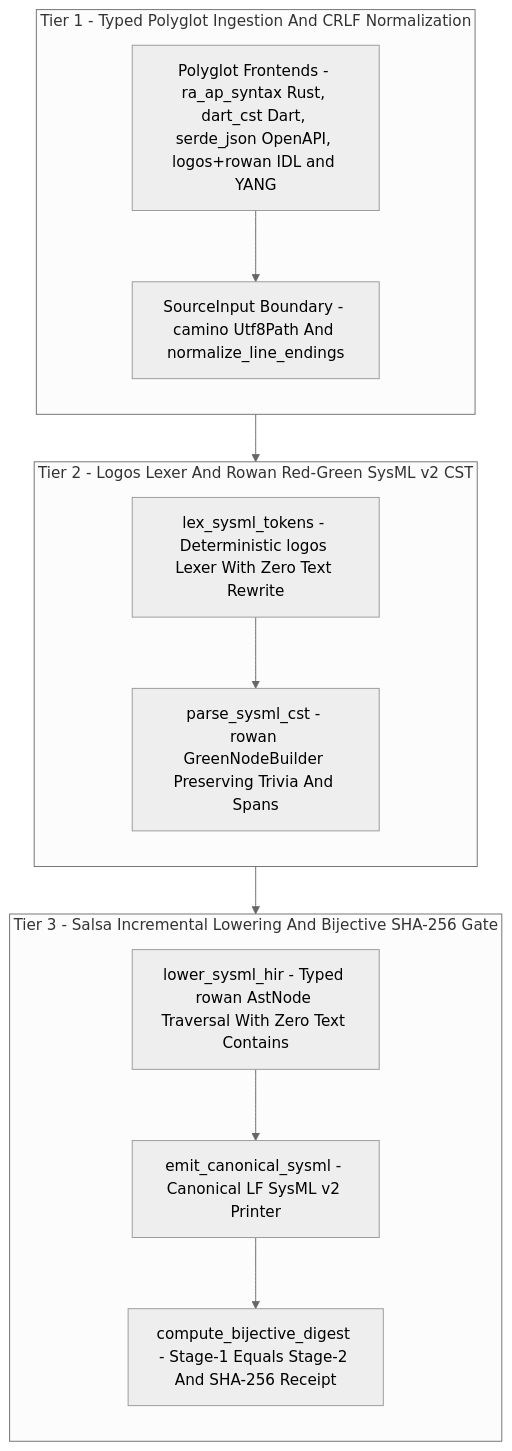
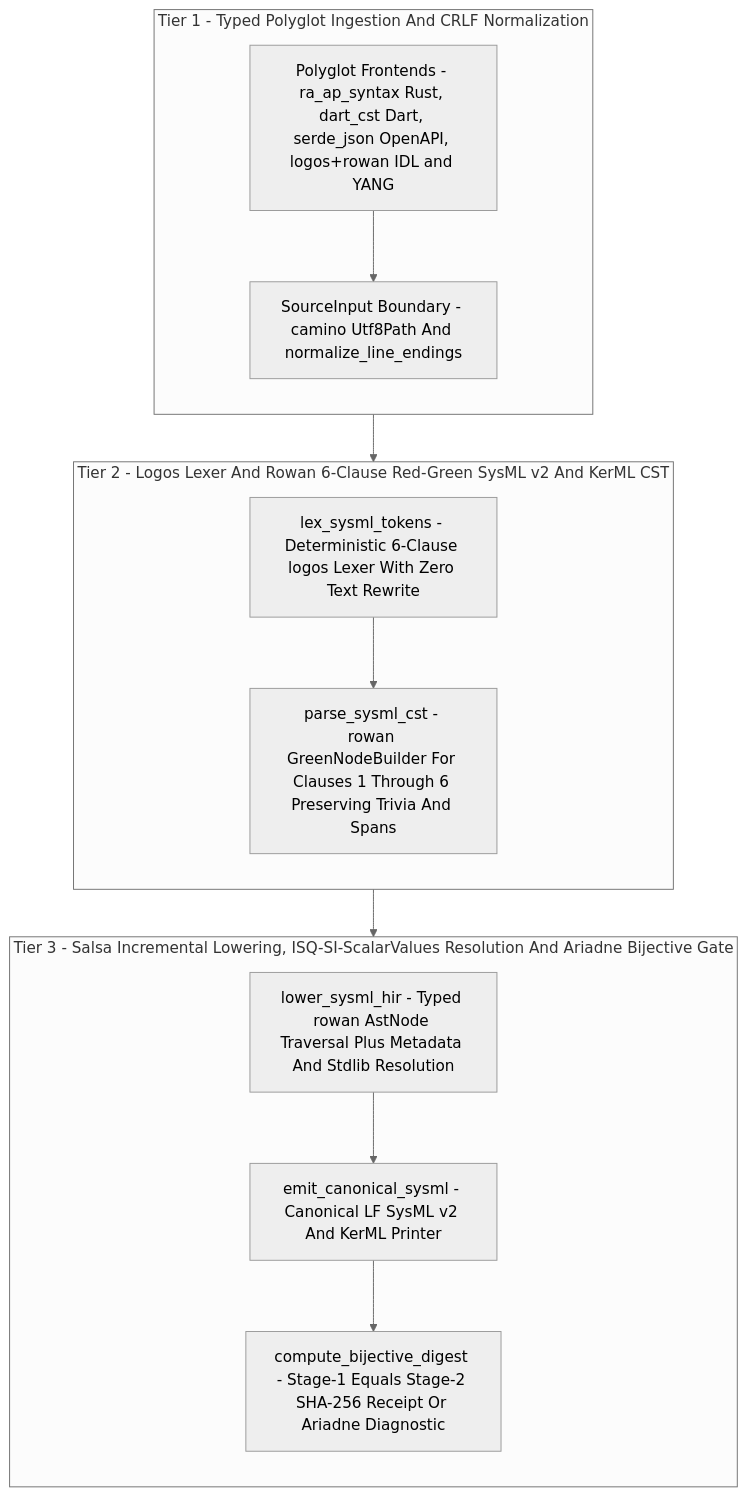
One commit to gintatkinson/DEAP01-spec-core changed the second of 4 diagrams in docs/designs/blueprint-03-sysml-ast-bijective-roundtrip-compiler-gate.md. Above: the diagram before and after it, drawn with Mermaid (neutral theme). The commit also changed other lines of this file and 29 other files, not shown here.

````diff
--- a/docs/designs/blueprint-03-sysml-ast-bijective-roundtrip-compiler-gate.md
+++ b/docs/designs/blueprint-03-sysml-ast-bijective-roundtrip-compiler-gate.md
@@ -150,28 +182,28 @@
 ```mermaid
 flowchart TD
     subgraph "Tier 1 - Typed Polyglot Ingestion And CRLF Normalization"
         direction TB
         I1["Polyglot Frontends - ra_ap_syntax Rust, dart_cst Dart, serde_json OpenAPI, logos+rowan IDL and YANG"]
         I2["SourceInput Boundary - camino Utf8Path And normalize_line_endings"]
         I1 --> I2
     end
 
-    subgraph "Tier 2 - Logos Lexer And Rowan Red-Green SysML v2 CST"
+    subgraph "Tier 2 - Logos Lexer And Rowan 6-Clause Red-Green SysML v2 And KerML CST"
         direction TB
-        C1["lex_sysml_tokens - Deterministic logos Lexer With Zero Text Rewrite"]
-        C2["parse_sysml_cst - rowan GreenNodeBuilder Preserving Trivia And Spans"]
+        C1["lex_sysml_tokens - Deterministic 6-Clause logos Lexer With Zero Text Rewrite"]
+        C2["parse_sysml_cst - rowan GreenNodeBuilder For Clauses 1 Through 6 Preserving Trivia And Spans"]
         C1 --> C2
     end
 
-    subgraph "Tier 3 - Salsa Incremental Lowering And Bijective SHA-256 Gate"
+    subgraph "Tier 3 - Salsa Incremental Lowering, ISQ-SI-ScalarValues Resolution And Ariadne Bijective Gate"
         direction TB
-        S1["lower_sysml_hir - Typed rowan AstNode Traversal With Zero Text Contains"]
-        S2["emit_canonical_sysml - Canonical LF SysML v2 Printer"]
-        S3["compute_bijective_digest - Stage-1 Equals Stage-2 And SHA-256 Receipt"]
+        S1["lower_sysml_hir - Typed rowan AstNode Traversal Plus Metadata And Stdlib Resolution"]
+        S2["emit_canonical_sysml - Canonical LF SysML v2 And KerML Printer"]
+        S3["compute_bijective_digest - Stage-1 Equals Stage-2 SHA-256 Receipt Or Ariadne Diagnostic"]
         S1 --> S2
         S2 --> S3
     end
 
     I2 --> C1
     C2 --> S1
 ```
````
